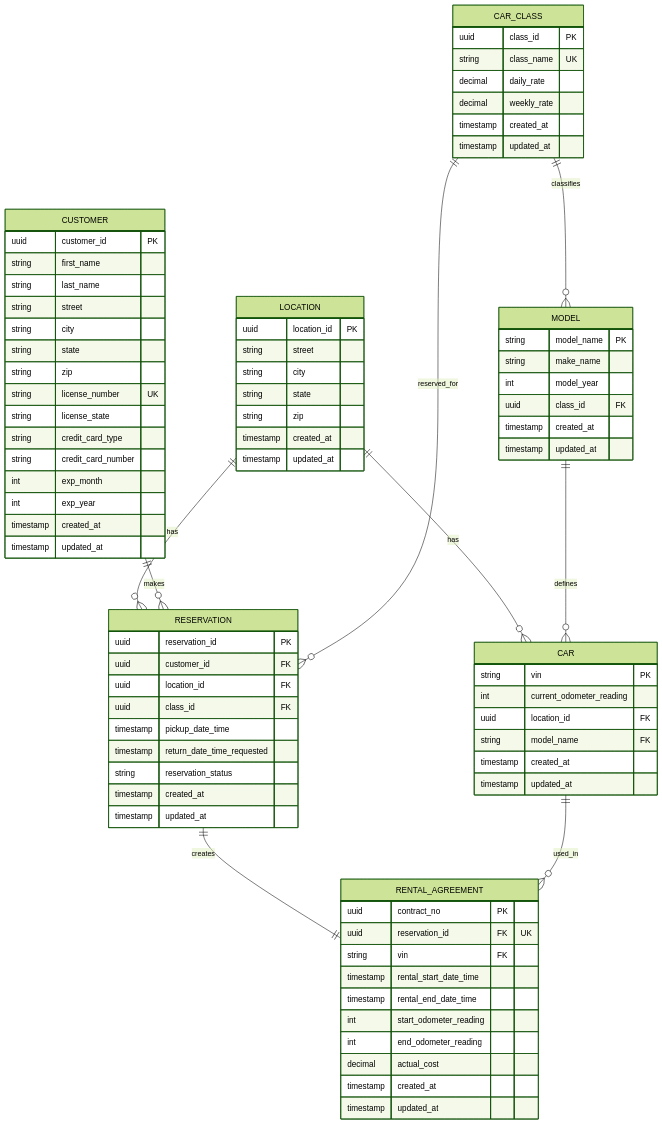
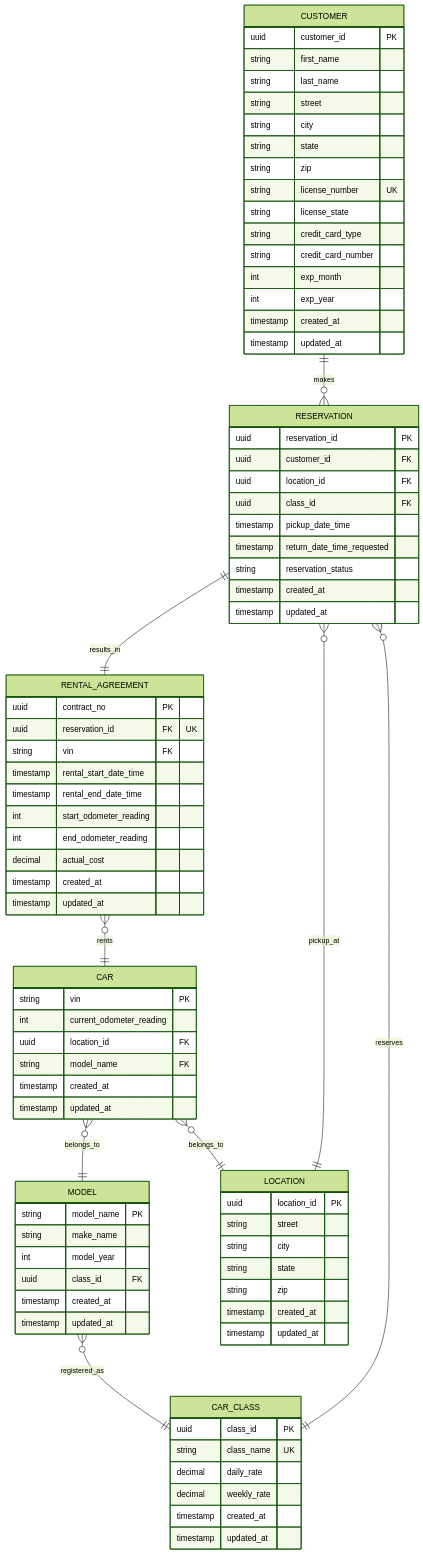
Before and after one commit to ga424/cs631_termproject: the diagram in docs/DATABASE_ERD.md, drawn with Mermaid (forest theme). The commit also changed 1 other file, not shown here.

Commit message:
feat(middleware): enhance request logging with service context and error handling

````diff
--- a/docs/DATABASE_ERD.md
+++ b/docs/DATABASE_ERD.md
@@ -5,13 +5,13 @@
 ```mermaid
 erDiagram
-    LOCATION ||--o{ CAR : "has"
-    LOCATION ||--o{ RESERVATION : "has"
     CUSTOMER ||--o{ RESERVATION : "makes"
-    CAR_CLASS ||--o{ MODEL : "classifies"
-    CAR_CLASS ||--o{ RESERVATION : "reserved_for"
-    MODEL ||--o{ CAR : "defines"
-    RESERVATION ||--|| RENTAL_AGREEMENT : "creates"
-    CAR ||--o{ RENTAL_AGREEMENT : "used_in"
+    RESERVATION ||--|| RENTAL_AGREEMENT : "results_in"
+    RENTAL_AGREEMENT }o--|| CAR : "rents"
+    MODEL }o--|| CAR_CLASS : "registered_as"
+    CAR }o--|| MODEL : "belongs_to"
+    CAR }o--|| LOCATION : "belongs_to"
+    RESERVATION }o--|| LOCATION : "pickup_at"
+    RESERVATION }o--|| CAR_CLASS : "reserves"
 
     LOCATION {
         uuid location_id PK
````
